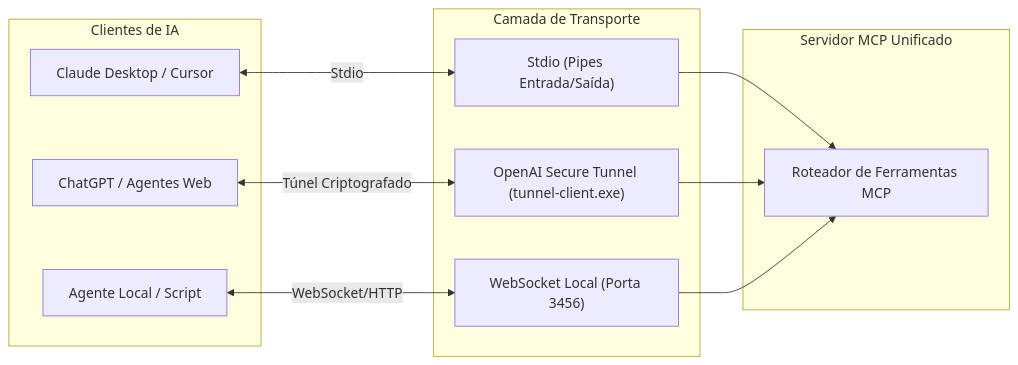
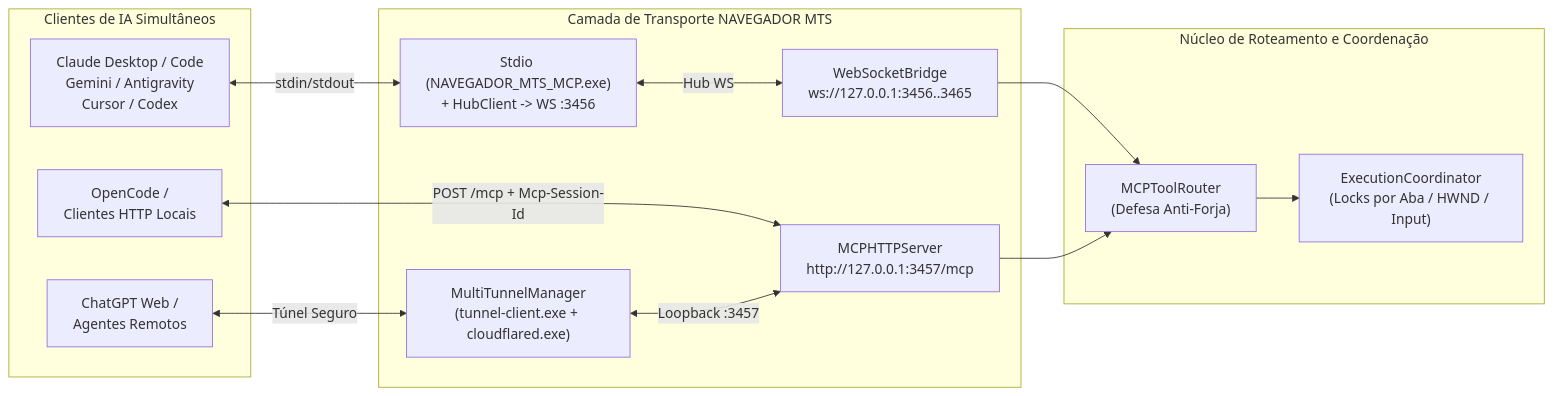
One commit to mmatteuus/NAVEGADOR_MTS changed the diagram in docs/05-SERVIDOR-MCP-E-TRANSPORTE.md. Above: the diagram before and after it, drawn with Mermaid. The commit also changed other lines of this file and 79 other files, not shown here.

````diff
--- a/docs/05-SERVIDOR-MCP-E-TRANSPORTE.md
+++ b/docs/05-SERVIDOR-MCP-E-TRANSPORTE.md
@@ -20,26 +11,30 @@
 ```mermaid
 flowchart LR
-    subgraph CLIENTES["Clientes de IA"]
-        CLAUDE["Claude Desktop / Cursor"]
-        CHATGPT["ChatGPT / Agentes Web"]
-        LOCAL["Agente Local / Script"]
+    subgraph CLIENTES["Clientes de IA Simultâneos"]
+        STDIO_CLI["Claude Desktop / Code\nGemini / Antigravity\nCursor / Codex"]
+        HTTP_CLI["OpenCode /\nClientes HTTP Locais"]
+        REMOTE_CLI["ChatGPT Web /\nAgentes Remotos"]
     end
 
-    subgraph TRANSPORTE["Camada de Transporte"]
-        STDIO["Stdio (Pipes Entrada/Saída)"]
-        TUNNEL["OpenAI Secure Tunnel (tunnel-client.exe)"]
-        WS_LOCAL["WebSocket Local (Porta 3456)"]
+    subgraph TRANSPORTE["Camada de Transporte NAVEGADOR MTS"]
+        STDIO["Stdio (NAVEGADOR_MTS_MCP.exe)\n+ HubClient -> WS :3456"]
+        HTTP_3457["MCPHTTPServer\nhttp://127.0.0.1:3457/mcp"]
+        MULTI_TUN["MultiTunnelManager\n(tunnel-client.exe + cloudflared.exe)"]
+        WS_3456["WebSocketBridge\nws://127.0.0.1:3456..3465"]
     end
 
-    subgraph MCP["Servidor MCP Unificado"]
-        ROUTER["Roteador de Ferramentas MCP"]
+    subgraph CORE["Núcleo de Roteamento e Coordenação"]
+        ROUTER["MCPToolRouter\n(Defesa Anti-Forja)"]
+        COORD["ExecutionCoordinator\n(Locks por Aba / HWND / Input)"]
     end
 
-    CLAUDE <-->|Stdio| STDIO
-    CHATGPT <-->|Túnel Criptografado| TUNNEL
-    LOCAL <-->|WebSocket/HTTP| WS_LOCAL
+    STDIO_CLI <-->|stdin/stdout| STDIO
+    HTTP_CLI <-->|POST /mcp + Mcp-Session-Id| HTTP_3457
+    REMOTE_CLI <-->|Túnel Seguro| MULTI_TUN
+    MULTI_TUN <-->|Loopback :3457| HTTP_3457
+    STDIO <-->|Hub WS| WS_3456
     
-    STDIO --> ROUTER
-    TUNNEL --> ROUTER
-    WS_LOCAL --> ROUTER
+    WS_3456 --> ROUTER
+    HTTP_3457 --> ROUTER
+    ROUTER --> COORD
 ```
````
